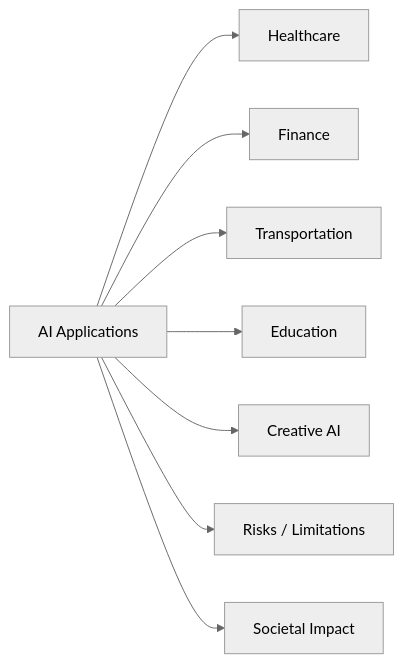
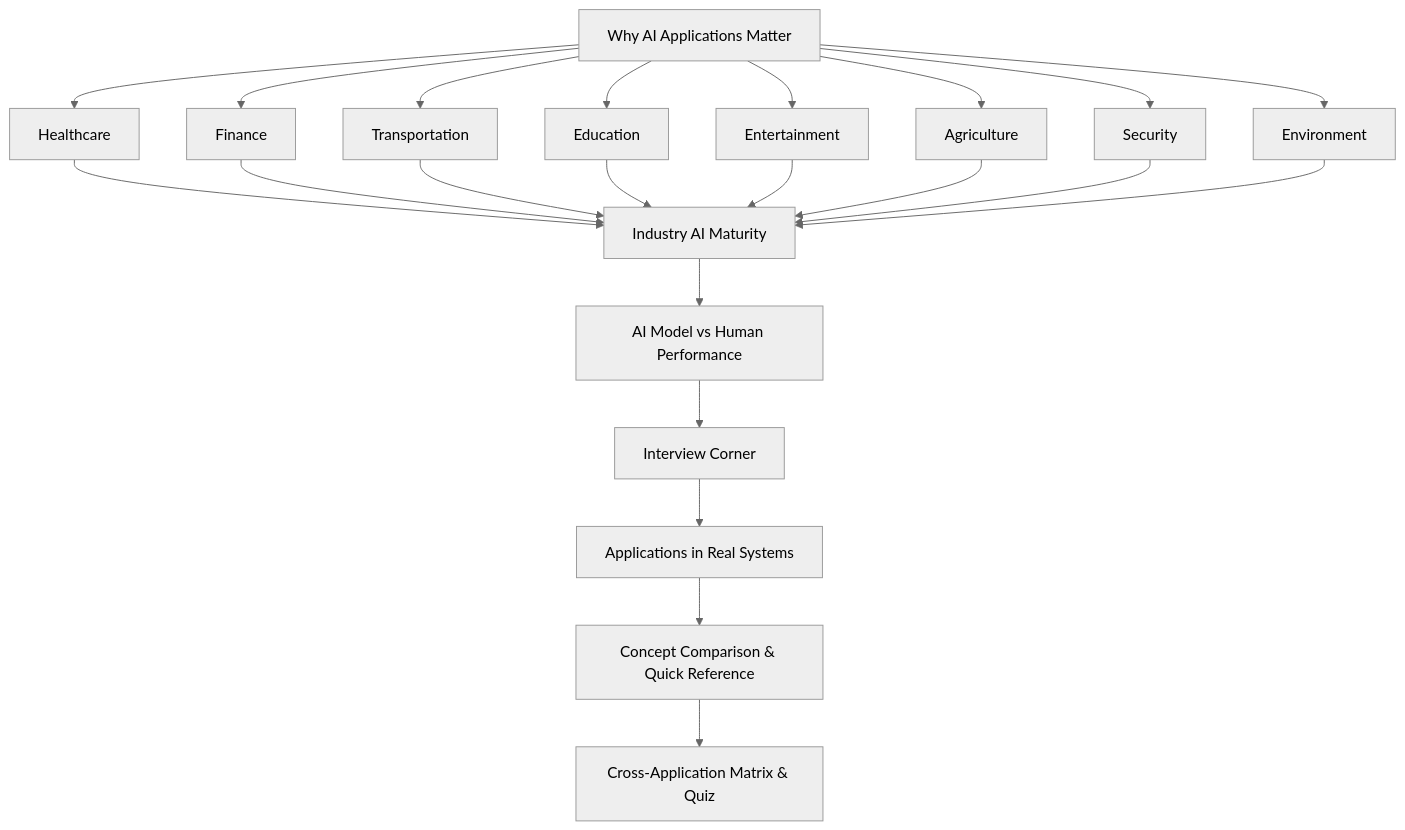
Before and after one commit to Raushan666java/ai-engineering-journey: the diagram in docs/courses/artificial-intelligence/18-ai-applications.md, drawn with Mermaid (neutral theme). The commit also changed other lines of this file and 26 other files, not shown here.

````diff
--- a/docs/courses/artificial-intelligence/18-ai-applications.md
+++ b/docs/courses/artificial-intelligence/18-ai-applications.md
@@ -23,10 +30,24 @@
 ```mermaid
-flowchart LR
-    A[AI Applications] --> B[Healthcare]
+flowchart TD
+    A["Why AI Applications Matter"] --> B[Healthcare]
     A --> C[Finance]
     A --> D[Transportation]
     A --> E[Education]
-    A --> F[Creative AI]
-    A --> G[Risks / Limitations]
-    A --> H[Societal Impact]
+    A --> F[Entertainment]
+    A --> G[Agriculture]
+    A --> H[Security]
+    A --> I[Environment]
+    B --> J[Industry AI Maturity]
+    C --> J
+    D --> J
+    E --> J
+    F --> J
+    G --> J
+    H --> J
+    I --> J
+    J --> K["AI Model vs Human Performance"]
+    K --> L["Interview Corner"]
+    L --> M["Applications in Real Systems"]
+    M --> N["Concept Comparison & Quick Reference"]
+    N --> O["Cross-Application Matrix & Quiz"]
 ```
````
